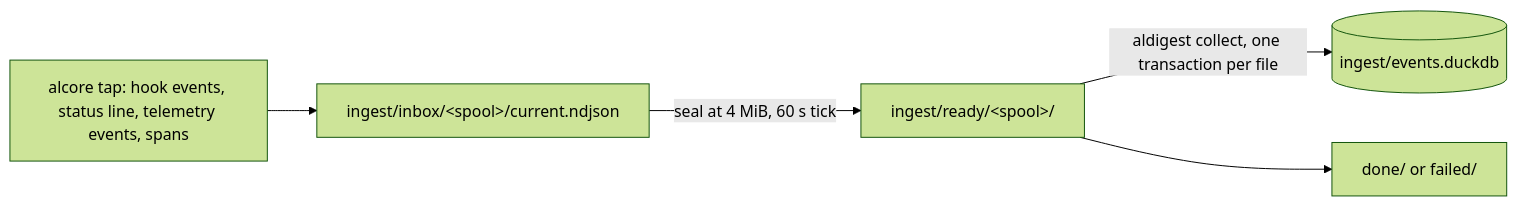
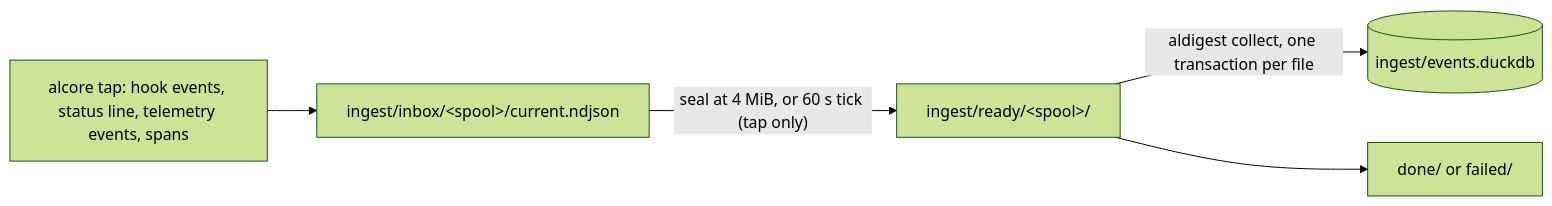
One commit to Emasoft/AgentlensPro changed the sixth of 19 diagrams in ARCHITECTURE.md. Above: the diagram before and after it, drawn with Mermaid (forest theme). The commit also changed other lines of this file and 4 other files, not shown here.

````diff
--- a/ARCHITECTURE.md
+++ b/ARCHITECTURE.md
@@ -508,7 +508,7 @@
 ```mermaid
 flowchart LR
     P[alcore tap: hook events, status line, telemetry events, spans] --> I["ingest/inbox/&lt;spool&gt;/current.ndjson"]
-    I -- "seal at 4 MiB, 60 s tick" --> R["ingest/ready/&lt;spool&gt;/"]
+    I -- "seal at 4 MiB, or 60 s tick (tap only)" --> R["ingest/ready/&lt;spool&gt;/"]
     R -- "aldigest collect, one transaction per file" --> D[("ingest/events.duckdb")]
     R --> DONE[done/ or failed/]
 ```
````
